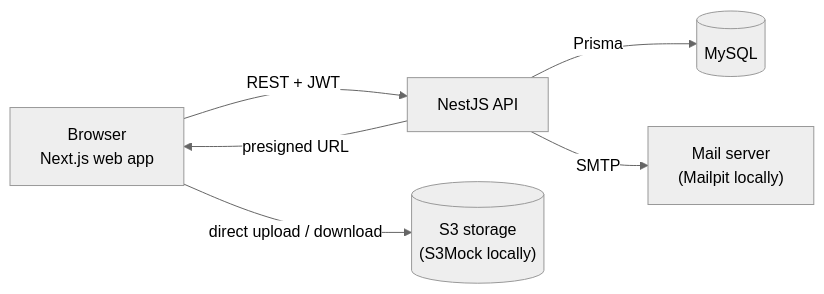
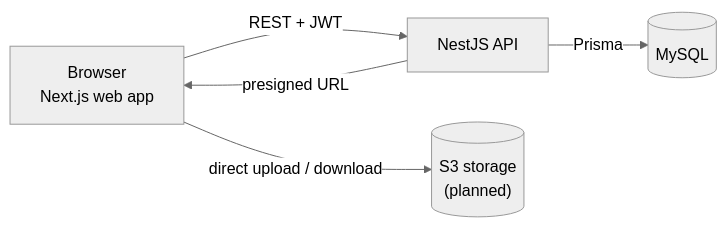
Before and after one commit to Lioxyze/Polydesign: the diagram in docs/architecture.md, drawn with Mermaid (neutral theme). The commit also changed other lines of this file and 5 other files, not shown here.

````diff
--- a/docs/architecture.md
+++ b/docs/architecture.md
@@ -6,8 +6,7 @@
 ```mermaid
 flowchart LR
     Browser["Browser<br/>Next.js web app"] -- "REST + JWT" --> API["NestJS API"]
     API -- "Prisma" --> DB[("MySQL")]
     API -- "presigned URL" --> Browser
-    Browser -- "direct upload / download" --> S3[("S3 storage<br/>(S3Mock locally)")]
-    API -- "SMTP" --> Mail["Mail server<br/>(Mailpit locally)"]
+    Browser -- "direct upload / download" --> S3[("S3 storage<br/>(planned)")]
 ```
````
